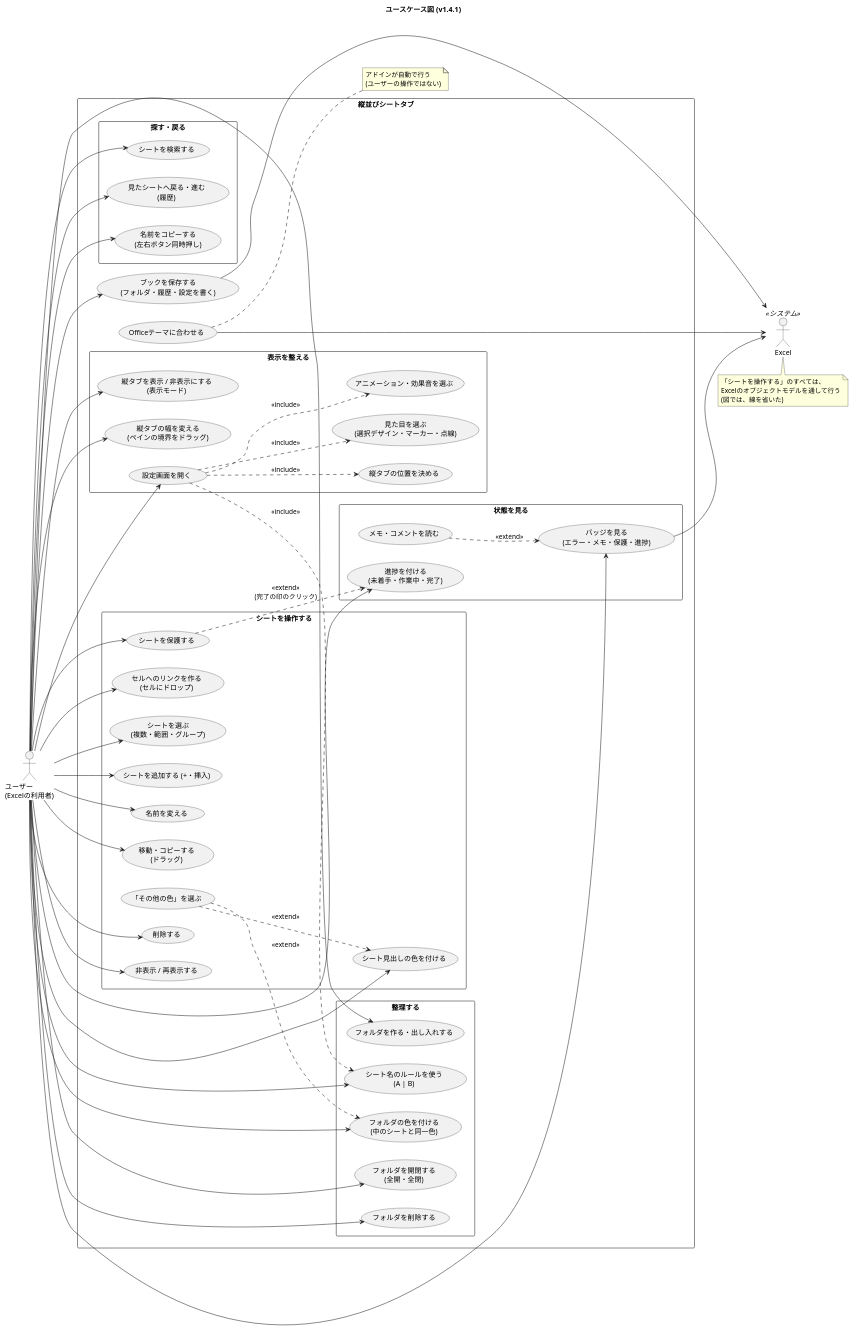
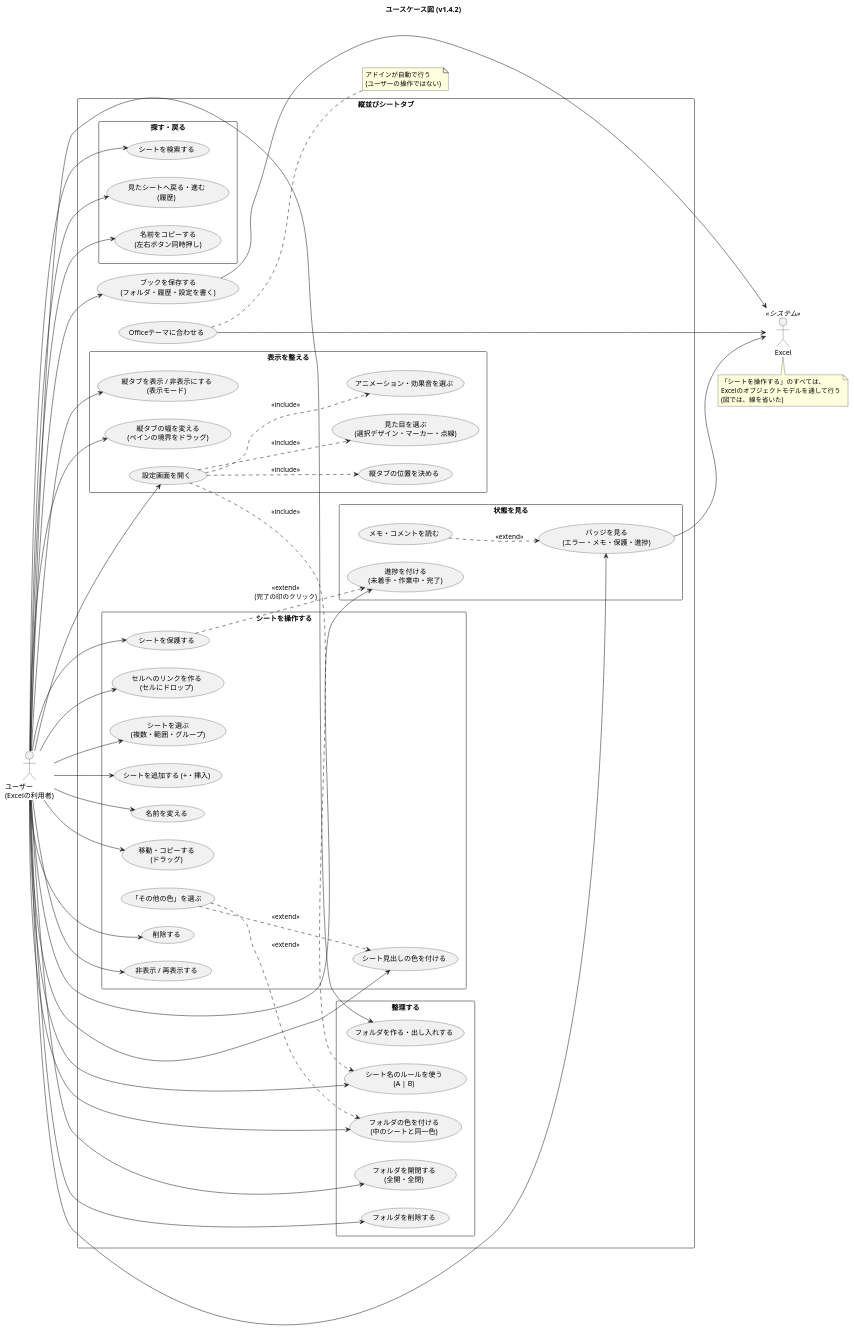
One commit to nk-taka623/VerticalSheetTabs changed the diagram in docs/usecase.puml. Above: the diagram before and after it, drawn with PlantUML. The commit also changed 14 other files, not shown here.

Commit message:
v1.4.2 にする (バージョン、README の変更点、設計図の版数)

```diff
--- a/docs/usecase.puml
+++ b/docs/usecase.puml
@@ -1,105 +1,105 @@
 @startuml
-title ユースケース図 (v1.4.1)
+title ユースケース図 (v1.4.2)
 left to right direction
 skinparam shadowing false
 skinparam packageStyle rectangle
 
 actor "ユーザー\n(Excelの利用者)" as U
 actor "Excel" as XL <<システム>>
 
 rectangle "縦並びシートタブ" {
 
   package "シートを操作する" {
     usecase "シートを選ぶ\n(複数・範囲・グループ)" as UC_SEL
     usecase "シートを追加する (+・挿入)" as UC_ADD
     usecase "名前を変える" as UC_REN
     usecase "移動・コピーする\n(ドラッグ)" as UC_MOVE
     usecase "削除する" as UC_DEL
     usecase "非表示 / 再表示する" as UC_HIDE
     usecase "シート見出しの色を付ける" as UC_COLOR
     usecase "「その他の色」を選ぶ" as UC_MORE
     usecase "シートを保護する" as UC_PROT
     usecase "セルへのリンクを作る\n(セルにドロップ)" as UC_LINK
   }
 
   package "整理する" {
     usecase "フォルダを作る・出し入れする" as UC_FOLDER
     usecase "フォルダを開閉する\n(全開・全閉)" as UC_TOGGLE
     usecase "フォルダの色を付ける\n(中のシートと同一色)" as UC_FCOLOR
     usecase "フォルダを削除する" as UC_FDEL
     usecase "シート名のルールを使う\n(A | B)" as UC_RULE
   }
 
   package "探す・戻る" {
     usecase "シートを検索する" as UC_SEARCH
     usecase "見たシートへ戻る・進む\n(履歴)" as UC_HIST
     usecase "名前をコピーする\n(左右ボタン同時押し)" as UC_COPY
   }
 
   package "状態を見る" {
     usecase "バッジを見る\n(エラー・メモ・保護・進捗)" as UC_BADGE
     usecase "メモ・コメントを読む" as UC_MEMO
     usecase "進捗を付ける\n(未着手・作業中・完了)" as UC_PROG
   }
 
   package "表示を整える" {
     usecase "縦タブを表示 / 非表示にする\n(表示モード)" as UC_MODE
     usecase "縦タブの位置を決める" as UC_SIDE
     usecase "縦タブの幅を変える\n(ペインの境界をドラッグ)" as UC_WIDTH
     usecase "設定画面を開く" as UC_SET
     usecase "見た目を選ぶ\n(選択デザイン・マーカー・点線)" as UC_LOOK
     usecase "アニメーション・効果音を選ぶ" as UC_ANIM
   }
 
   usecase "ブックを保存する\n(フォルダ・履歴・設定を書く)" as UC_SAVE
   usecase "Officeテーマに合わせる" as UC_THEME
 }
 
 U --> UC_SEL
 U --> UC_ADD
 U --> UC_REN
 U --> UC_MOVE
 U --> UC_DEL
 U --> UC_HIDE
 U --> UC_COLOR
 U --> UC_PROT
 U --> UC_LINK
 U --> UC_FOLDER
 U --> UC_TOGGLE
 U --> UC_FCOLOR
 U --> UC_FDEL
 U --> UC_RULE
 U --> UC_SEARCH
 U --> UC_HIST
 U --> UC_COPY
 U --> UC_BADGE
 U --> UC_PROG
 U --> UC_MODE
 U --> UC_WIDTH
 U --> UC_SET
 U --> UC_SAVE
 
 UC_MORE ..> UC_COLOR : <<extend>>
 UC_MORE ..> UC_FCOLOR : <<extend>>
 UC_MEMO ..> UC_BADGE : <<extend>>
 UC_PROT ..> UC_PROG : <<extend>>\n(完了の印のクリック)
 UC_SET ..> UC_SIDE : <<include>>
 UC_SET ..> UC_LOOK : <<include>>
 UC_SET ..> UC_ANIM : <<include>>
 UC_SET ..> UC_RULE : <<include>>
 
 UC_SAVE --> XL
 UC_THEME --> XL
 UC_BADGE --> XL
 
 note bottom of XL
   「シートを操作する」のすべては、
   Excelのオブジェクトモデルを通して行う
   (図では、線を省いた)
 end note
 
 note right of UC_THEME
   アドインが自動で行う
   (ユーザーの操作ではない)
 end note
 @enduml
```
